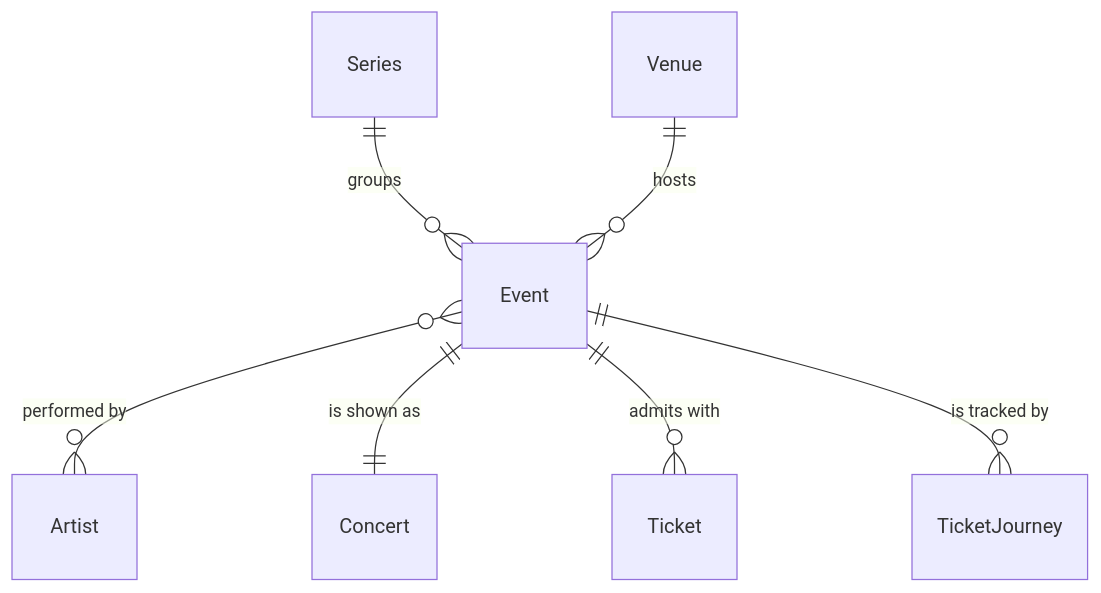
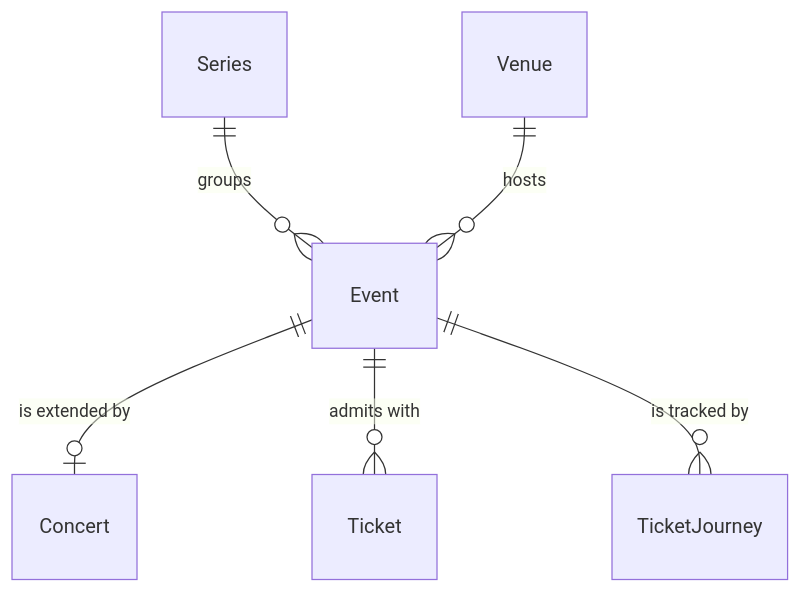
The diagram in openspec/specs/components/entity/event/spec.md (liverty-music/specification), drawn with Mermaid before and after one commit. The commit also changed other lines of this file and 12 other files, not shown here.

First line of the commit message:
docs(openspec): propose split-concert-from-event

````diff
--- a/openspec/specs/components/entity/event/spec.md
+++ b/openspec/specs/components/entity/event/spec.md
@@ -18,9 +17,8 @@
 ```mermaid
 erDiagram
   Series ||--o{ Event : "groups"
   Venue ||--o{ Event : "hosts"
-  Event }o--o{ Artist : "performed by"
-  Event ||--|| Concert : "is shown as"
+  Event ||--o| Concert : "is extended by"
   Event ||--o{ Ticket : "admits with"
   Event ||--o{ TicketJourney : "is tracked by"
 ```
````
